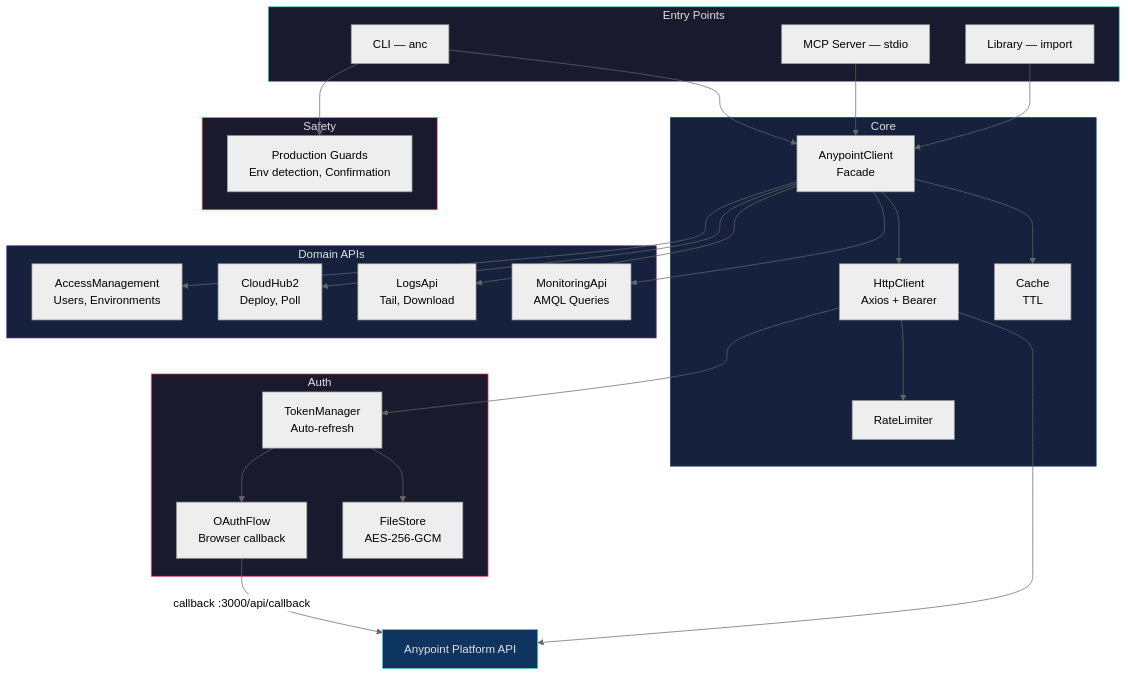
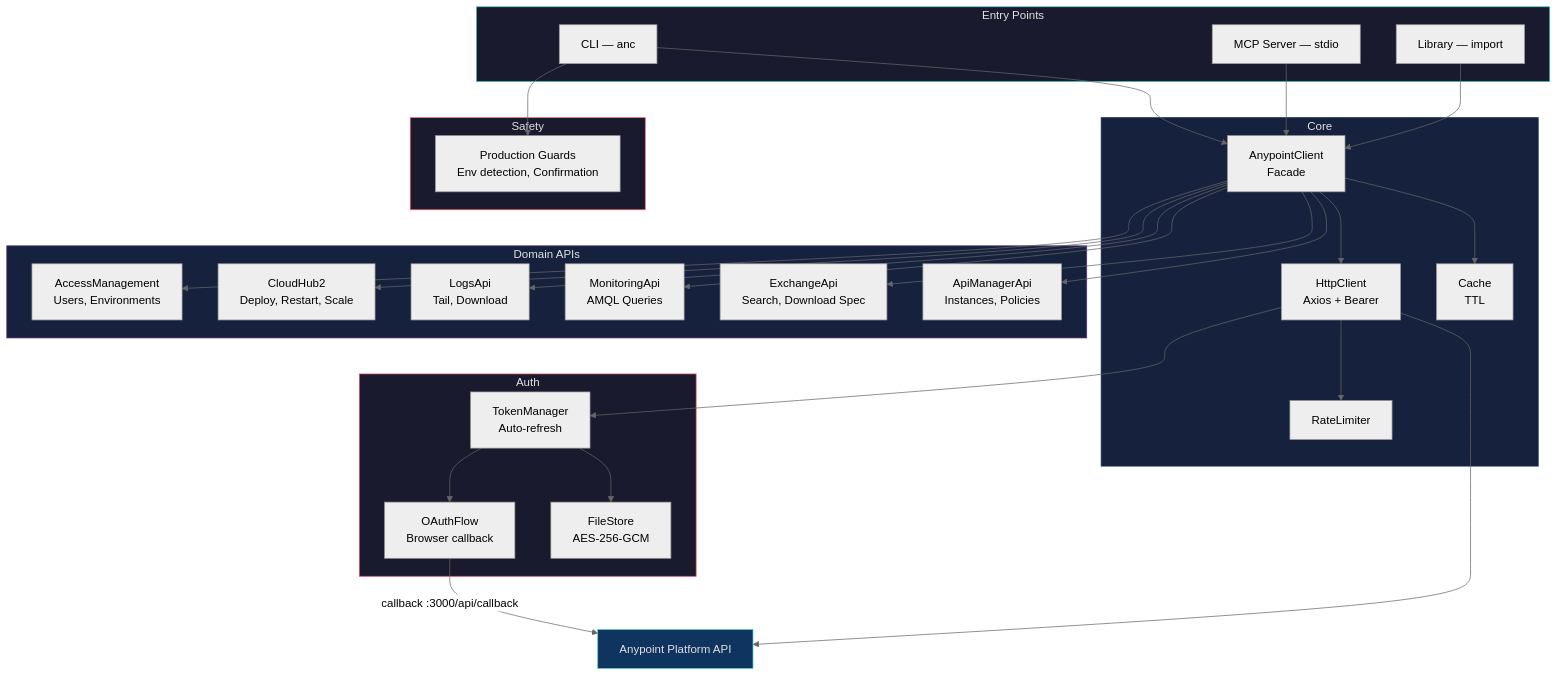
Before and after one commit to Avinava/anypoint-connect: the first of 2 diagrams in README.md, drawn with Mermaid (neutral theme). The commit also changed other lines of this file and 11 other files, not shown here.

First line of the commit message:
feat: v1 features — Exchange API, API Manager, restart/scale, compare envs

````diff
--- a/README.md
+++ b/README.md
@@ -14,57 +14,61 @@
 ```mermaid
 graph TB
     subgraph Entry["Entry Points"]
         CLI["CLI — anc"]
         MCP["MCP Server — stdio"]
         LIB["Library — import"]
     end
 
     subgraph Core["Core"]
         AC["AnypointClient<br/>Facade"]
         HTTP["HttpClient<br/>Axios + Bearer"]
         RL["RateLimiter"]
         CACHE["Cache<br/>TTL"]
     end
 
     subgraph Auth["Auth"]
         TM["TokenManager<br/>Auto-refresh"]
         OAUTH["OAuthFlow<br/>Browser callback"]
         FS["FileStore<br/>AES-256-GCM"]
     end
 
     subgraph APIs["Domain APIs"]
         AM["AccessManagement<br/>Users, Environments"]
-        CH2["CloudHub2<br/>Deploy, Poll"]
+        CH2["CloudHub2<br/>Deploy, Restart, Scale"]
         LOGS["LogsApi<br/>Tail, Download"]
         MON["MonitoringApi<br/>AMQL Queries"]
+        EX["ExchangeApi<br/>Search, Download Spec"]
+        APIM["ApiManagerApi<br/>Instances, Policies"]
     end
 
     subgraph Safety["Safety"]
         GUARD["Production Guards<br/>Env detection, Confirmation"]
     end
 
     CLI --> AC
     MCP --> AC
     LIB --> AC
     AC --> HTTP
     AC --> CACHE
     HTTP --> RL
     HTTP --> TM
     TM --> OAUTH
     TM --> FS
     AC --> AM
     AC --> CH2
     AC --> LOGS
     AC --> MON
+    AC --> EX
+    AC --> APIM
     CLI --> GUARD
 
     OAUTH -->|"callback :3000/api/callback"| AP["Anypoint Platform API"]
     HTTP --> AP
 
     style Entry fill:#1a1a2e,stroke:#4ecdc4,color:#e0e0e0
     style Core fill:#16213e,stroke:#0f3460,color:#e0e0e0
     style Auth fill:#1a1a2e,stroke:#e94560,color:#e0e0e0
     style APIs fill:#16213e,stroke:#533483,color:#e0e0e0
     style Safety fill:#1a1a2e,stroke:#ff6b6b,color:#e0e0e0
     style AP fill:#0f3460,stroke:#4ecdc4,color:#e0e0e0
 ```
````
